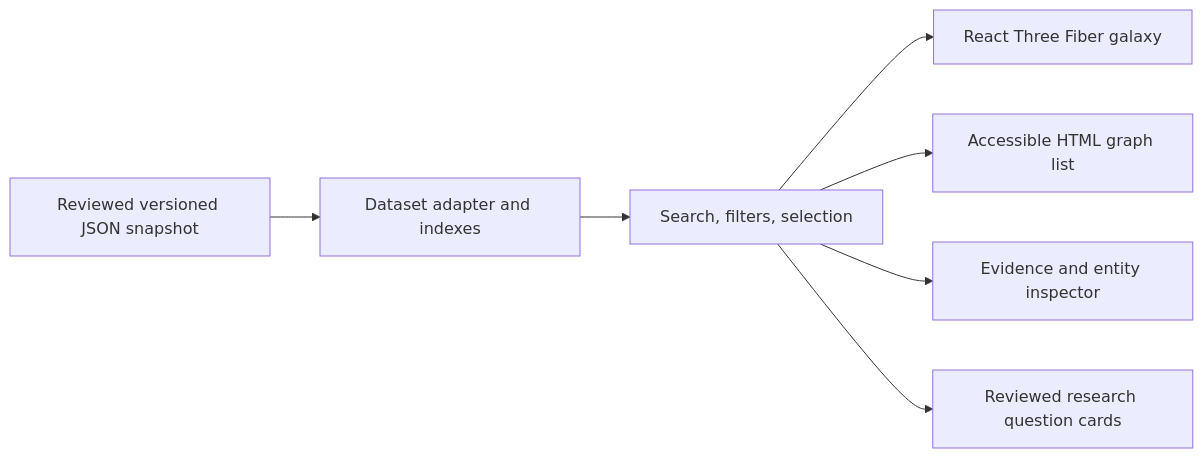
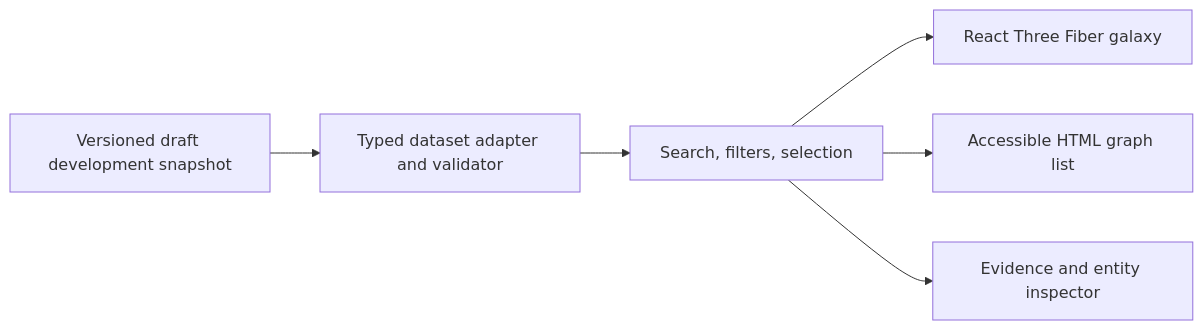
The first of 2 diagrams in docs/architecture.md (Enerep/discover-galaxy), drawn with Mermaid before and after one commit. The commit also changed other lines of this file and 39 other files, not shown here.

````diff
--- a/docs/architecture.md
+++ b/docs/architecture.md
@@ -11,9 +13,8 @@
 ```mermaid
 flowchart LR
-    Snapshot[Reviewed versioned JSON snapshot] --> Adapter[Dataset adapter and indexes]
+    Snapshot[Versioned draft development snapshot] --> Adapter[Typed dataset adapter and validator]
     Adapter --> State[Search, filters, selection]
     State --> Galaxy[React Three Fiber galaxy]
     State --> List[Accessible HTML graph list]
     State --> Inspector[Evidence and entity inspector]
-    State --> Questions[Reviewed research question cards]
 ```
````
